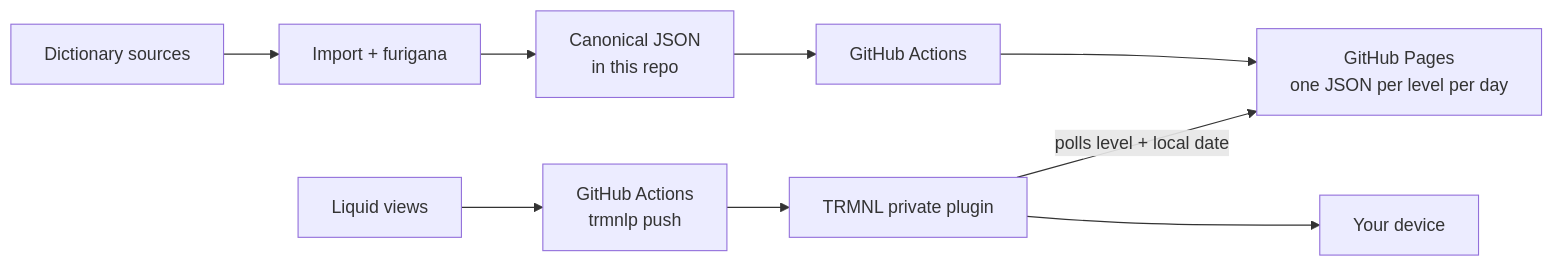
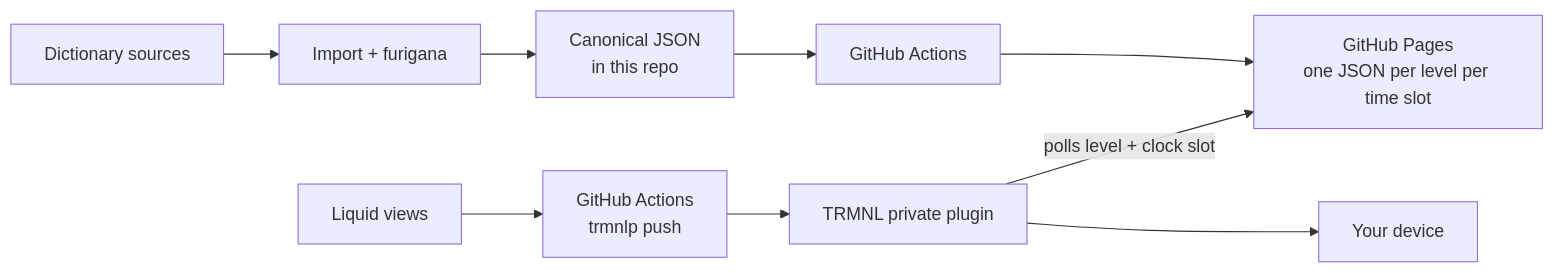
One commit to simonjgreen/trmnl-japanese-vocab changed the diagram in README.md. Above: the diagram before and after it, drawn with Mermaid. The commit also changed other lines of this file and 4 other files, not shown here.

````diff
--- a/README.md
+++ b/README.md
@@ -46,11 +146,11 @@
 ```mermaid
 flowchart LR
     A[Dictionary sources] --> B[Import + furigana]
     B --> C[Canonical JSON<br/>in this repo]
     C --> D[GitHub Actions]
-    D --> E[GitHub Pages<br/>one JSON per level per day]
+    D --> E[GitHub Pages<br/>one JSON per level per time slot]
     F[Liquid views] --> G[GitHub Actions<br/>trmnlp push]
     G --> H[TRMNL private plugin]
-    H -->|polls level + local date| E
+    H -->|polls level + clock slot| E
     H --> I[Your device]
 ```
````
